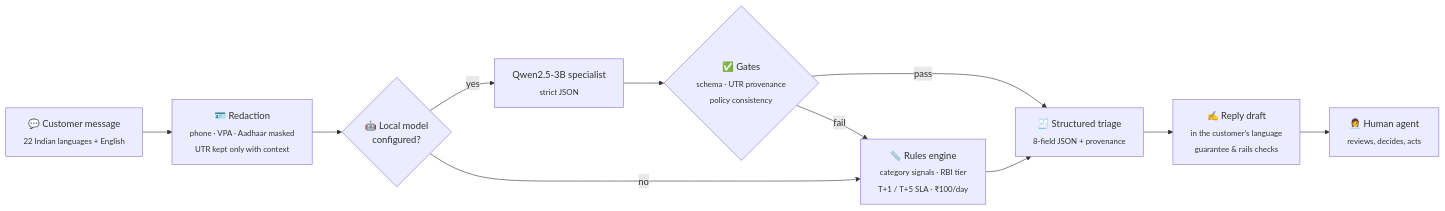
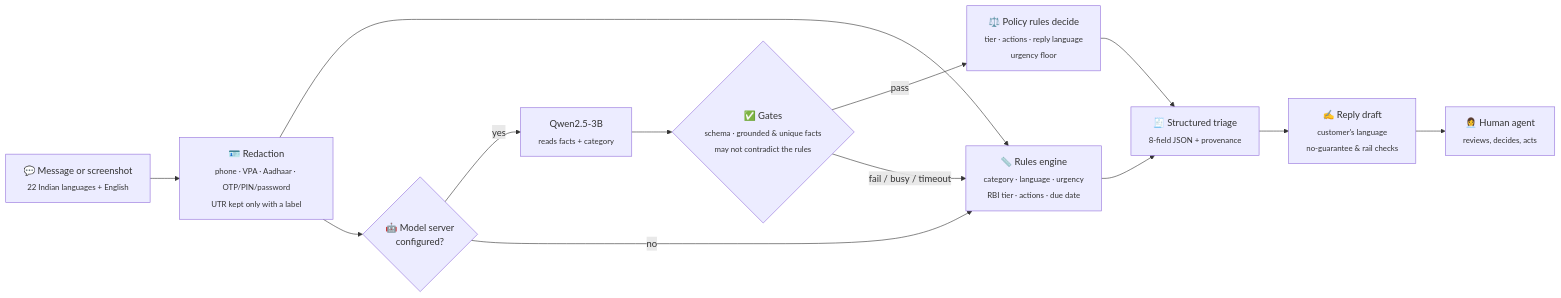
One commit to vishal88736/suraksha-merge changed the first of 2 diagrams in README.md. Above: the diagram before and after it, drawn with Mermaid. The commit also changed other lines of this file, not shown here.

First line of the commit message:
docs: README brought up to date with the current system

````diff
--- a/README.md
+++ b/README.md
@@ -150,13 +178,15 @@
 ```mermaid
 flowchart LR
-    A["💬 Customer message<br/><sub>22 Indian languages + English</sub>"] --> B["🪪 Redaction<br/><sub>phone · VPA · Aadhaar masked<br/>UTR kept only with context</sub>"]
-    B --> C{"🤖 Local model<br/>configured?"}
-    C -- yes --> D["Qwen2.5-3B specialist<br/><sub>strict JSON</sub>"]
-    D --> E{"✅ Gates<br/><sub>schema · UTR provenance<br/>policy consistency</sub>"}
-    E -- pass --> G
-    E -- fail --> F
-    C -- no --> F["📏 Rules engine<br/><sub>category signals · RBI tier<br/>T+1 / T+5 SLA · ₹100/day</sub>"]
-    F --> G["🧾 Structured triage<br/><sub>8-field JSON + provenance</sub>"]
-    G --> H["✍️ Reply draft<br/><sub>in the customer's language<br/>guarantee & rails checks</sub>"]
+    A["💬 Message or screenshot<br/><sub>22 Indian languages + English</sub>"] --> B["🪪 Redaction<br/><sub>phone · VPA · Aadhaar · OTP/PIN/password<br/>UTR kept only with a label</sub>"]
+    B --> R["📏 Rules engine<br/><sub>category · language · urgency<br/>RBI tier · actions · due date</sub>"]
+    B --> C{"🤖 Model server<br/>configured?"}
+    C -- yes --> D["Qwen2.5-3B<br/><sub>reads facts + category</sub>"]
+    D --> E{"✅ Gates<br/><sub>schema · grounded & unique facts<br/>may not contradict the rules</sub>"}
+    E -- pass --> P["⚖️ Policy rules decide<br/><sub>tier · actions · reply language<br/>urgency floor</sub>"]
+    E -- fail / busy / timeout --> R
+    C -- no --> R
+    P --> G["🧾 Structured triage<br/><sub>8-field JSON + provenance</sub>"]
+    R --> G
+    G --> H["✍️ Reply draft<br/><sub>customer's language<br/>no-guarantee & rail checks</sub>"]
     H --> I["👩‍💼 Human agent<br/><sub>reviews, decides, acts</sub>"]
 ```
````
